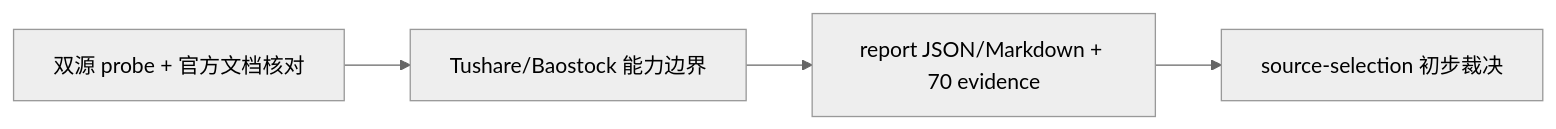
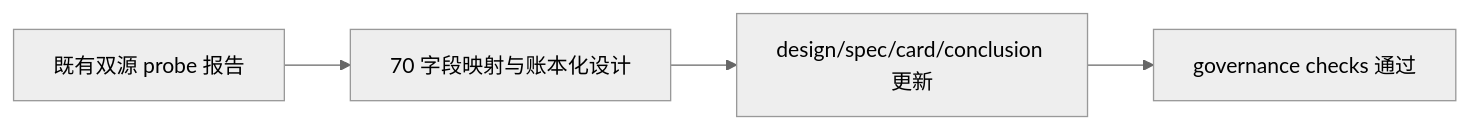
Before and after one commit to everything-is-simple/lifespan-0.01: the diagram in docs/03-execution/evidence/70-historical-objective-profile-backfill-source-selection-and-governance-evidence-20260415.md, drawn with Mermaid (neutral theme). The commit also changed other lines of this file and 5 other files, not shown here.

Commit message:
docs: freeze objective source ledger design

````diff
--- a/docs/03-execution/evidence/70-historical-objective-profile-backfill-source-selection-and-governance-evidence-20260415.md
+++ b/docs/03-execution/evidence/70-historical-objective-profile-backfill-source-selection-and-governance-evidence-20260415.md
@@ -76,6 +51,6 @@
 ```mermaid
 flowchart LR
-    CMD["双源 probe + 官方文档核对"] --> OUT["Tushare/Baostock 能力边界"]
-    OUT --> ART["report JSON/Markdown + 70 evidence"]
-    ART --> REF["source-selection 初步裁决"]
+    PROBE["既有双源 probe 报告"] --> MAP["70 字段映射与账本化设计"]
+    MAP --> DOC["design/spec/card/conclusion 更新"]
+    DOC --> GOV["governance checks 通过"]
 ```
````
